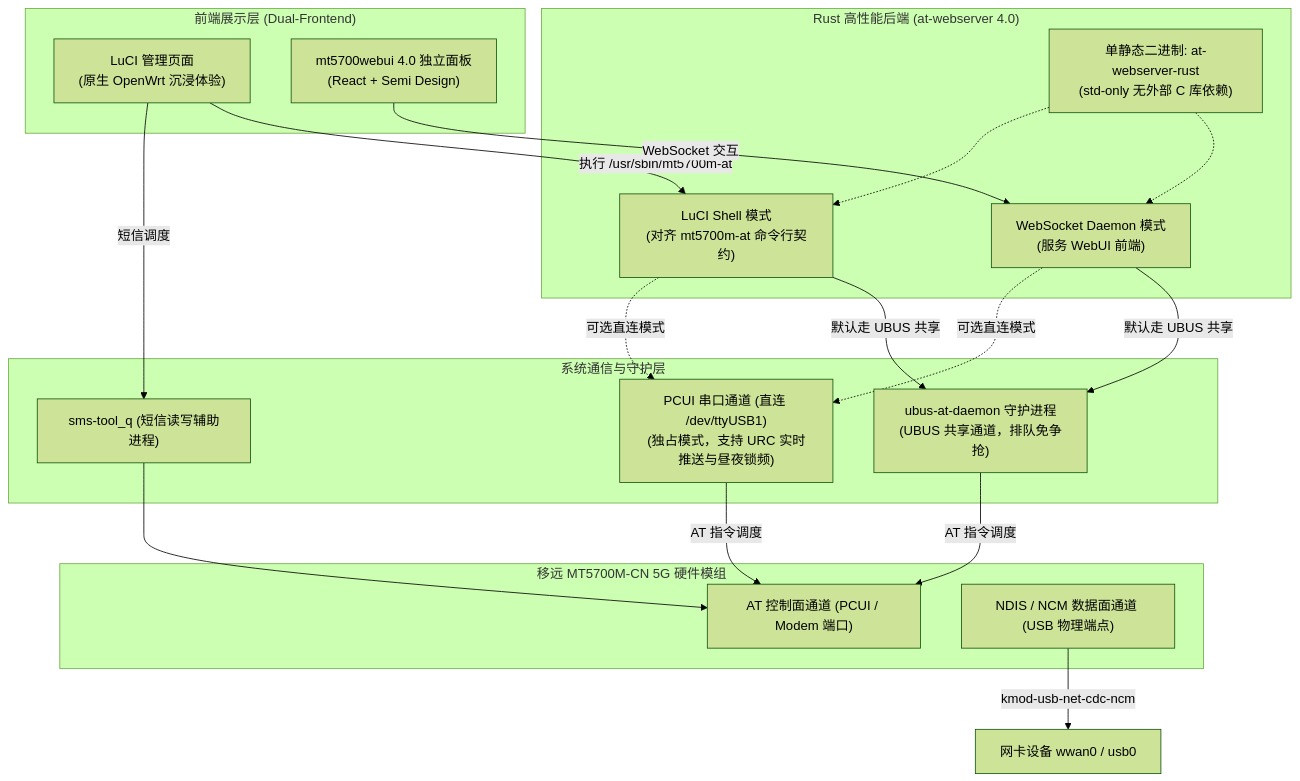
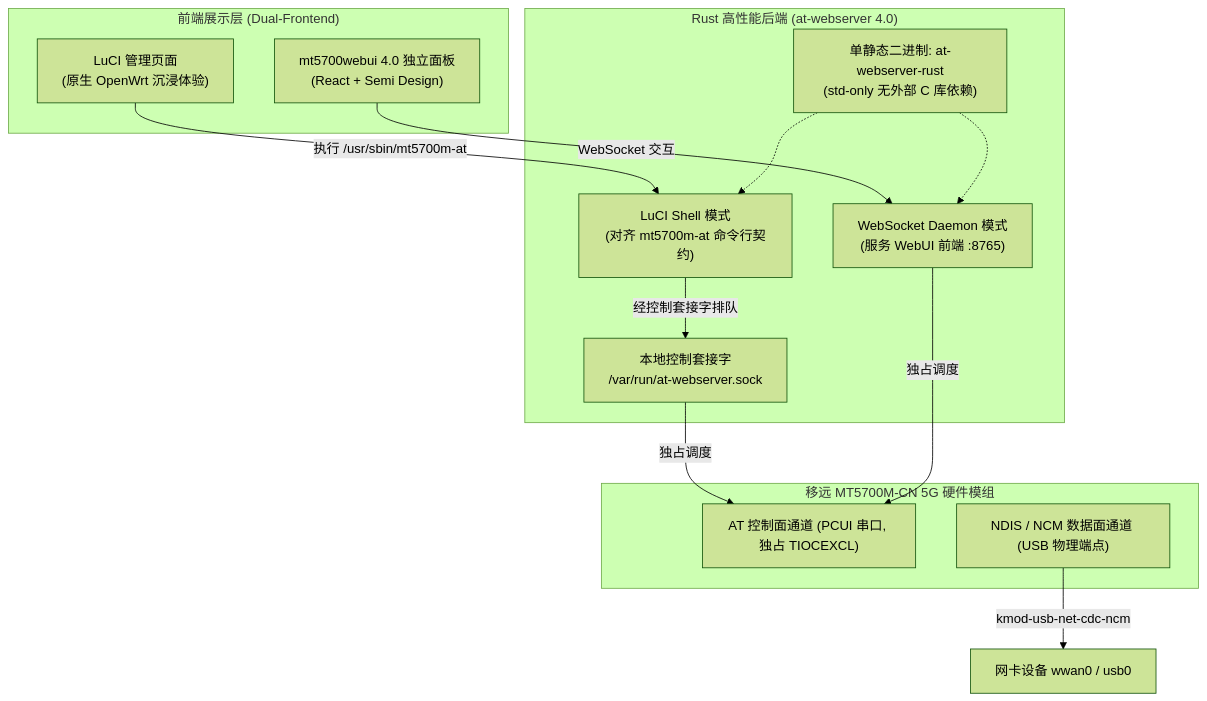
The first of 3 diagrams in README.md (LianXia233/luci-app-mt5700m), drawn with Mermaid (forest theme) before and after one commit. The commit also changed other lines of this file and 18 other files, not shown here.

````diff
--- a/README.md
+++ b/README.md
@@ -56,37 +58,30 @@
 ```mermaid
 flowchart TD
     subgraph Client["前端展示层 (Dual-Frontend)"]
         LuCI["LuCI 管理页面<br/>(原生 OpenWrt 沉浸体验)"]
         WebUI["mt5700webui 4.0 独立面板<br/>(React + Semi Design)"]
     end
 
     subgraph Core["Rust 高性能后端 (at-webserver 4.0)"]
         RustBin["单静态二进制: at-webserver-rust<br/>(std-only 无外部 C 库依赖)"]
-        ModeWS["WebSocket Daemon 模式<br/>(服务 WebUI 前端)"]
+        ModeWS["WebSocket Daemon 模式<br/>(服务 WebUI 前端 :8765)"]
         ModeCLI["LuCI Shell 模式<br/>(对齐 mt5700m-at 命令行契约)"]
-    end
-
-    subgraph Daemon["系统通信与守护层"]
-        UbusDaemon["ubus-at-daemon 守护进程<br/>(UBUS 共享通道，排队免争抢)"]
-        SerialDirect["PCUI 串口通道 (直连 /dev/ttyUSB1)<br/>(独占模式，支持 URC 实时推送与昼夜锁频)"]
-        SmsTool["sms-tool_q (短信读写辅助进程)"]
+        CtrlSock["本地控制套接字<br/>/var/run/at-webserver.sock"]
     end
 
     subgraph Hardware["移远 MT5700M-CN 5G 硬件模组"]
-        ModemAT["AT 控制面通道 (PCUI / Modem 端口)"]
+        ModemAT["AT 控制面通道 (PCUI 串口, 独占 TIOCEXCL)"]
         ModemData["NDIS / NCM 数据面通道 (USB 物理端点)"]
     end
 
     LuCI -->|执行 /usr/sbin/mt5700m-at| ModeCLI
     WebUI -->|WebSocket 交互| ModeWS
 
     RustBin -.-> ModeWS
     RustBin -.-> ModeCLI
 
-    ModeWS & ModeCLI -->|默认走 UBUS 共享| UbusDaemon
-    ModeWS & ModeCLI -.->|可选直连模式| SerialDirect
-
-    UbusDaemon & SerialDirect -->|AT 指令调度| ModemAT
-    LuCI -->|短信调度| SmsTool --> ModemAT
+    ModeCLI -->|经控制套接字排队| CtrlSock
+    CtrlSock -->|独占调度| ModemAT
+    ModeWS -->|独占调度| ModemAT
     ModemData -->|kmod-usb-net-cdc-ncm| NetDev["网卡设备 wwan0 / usb0"]
 ```
````
